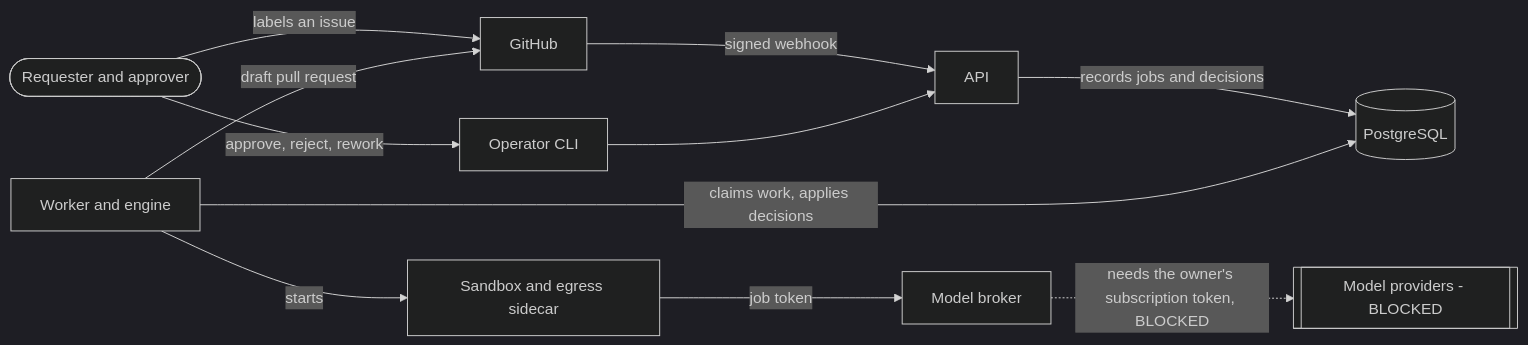
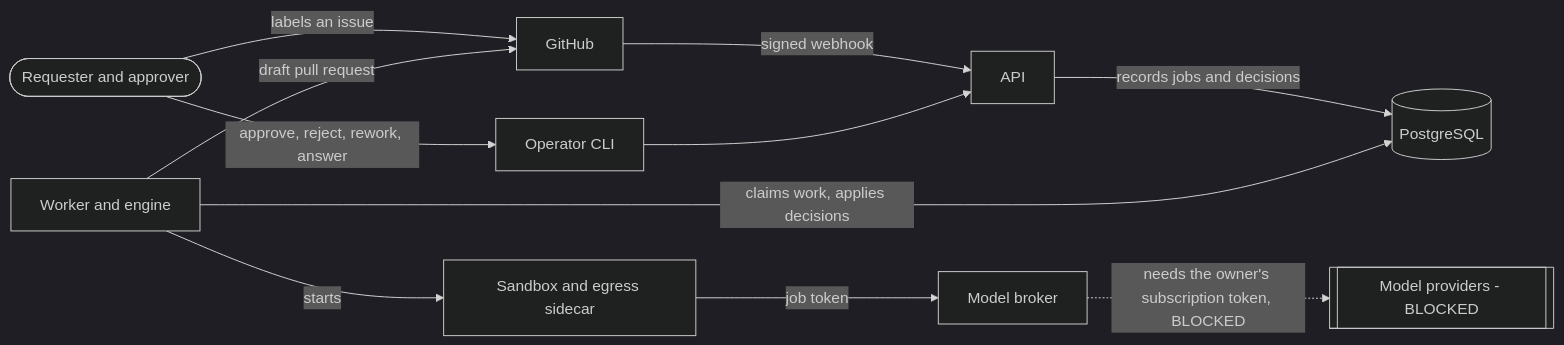
The diagram in README.md (ortisun/bibo), drawn with Mermaid (dark theme) before and after one commit. The commit also changed 35 other files, not shown here.

First line of the commit message:
Let a person answer the questions of a waiting stage run

````diff
--- a/README.md
+++ b/README.md
@@ -33,22 +33,22 @@
 ```mermaid
 flowchart LR
   person([Requester and approver])
   github[GitHub]
   api[API]
   cli[Operator CLI]
   db[(PostgreSQL)]
   worker[Worker and engine]
   sandbox[Sandbox and egress sidecar]
   broker[Model broker]
   models[[Model providers - BLOCKED]]
   person -- labels an issue --> github
   github -- signed webhook --> api
-  person -- approve, reject, rework --> cli
+  person -- approve, reject, rework, answer --> cli
   cli --> api
   api -- records jobs and decisions --> db
   worker -- claims work, applies decisions --> db
   worker -- starts --> sandbox
   sandbox -- job token --> broker
   broker -. needs the owner's subscription token, BLOCKED .-> models
   worker -- draft pull request --> github
 ```
````
